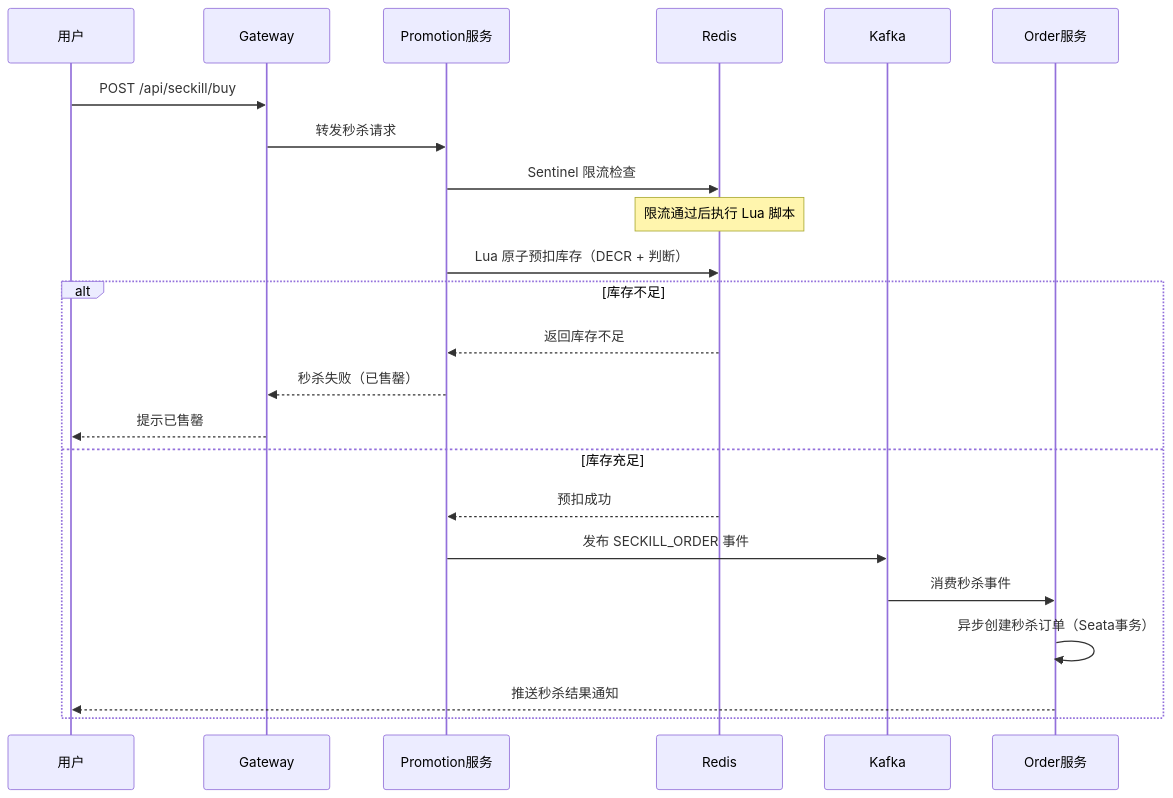
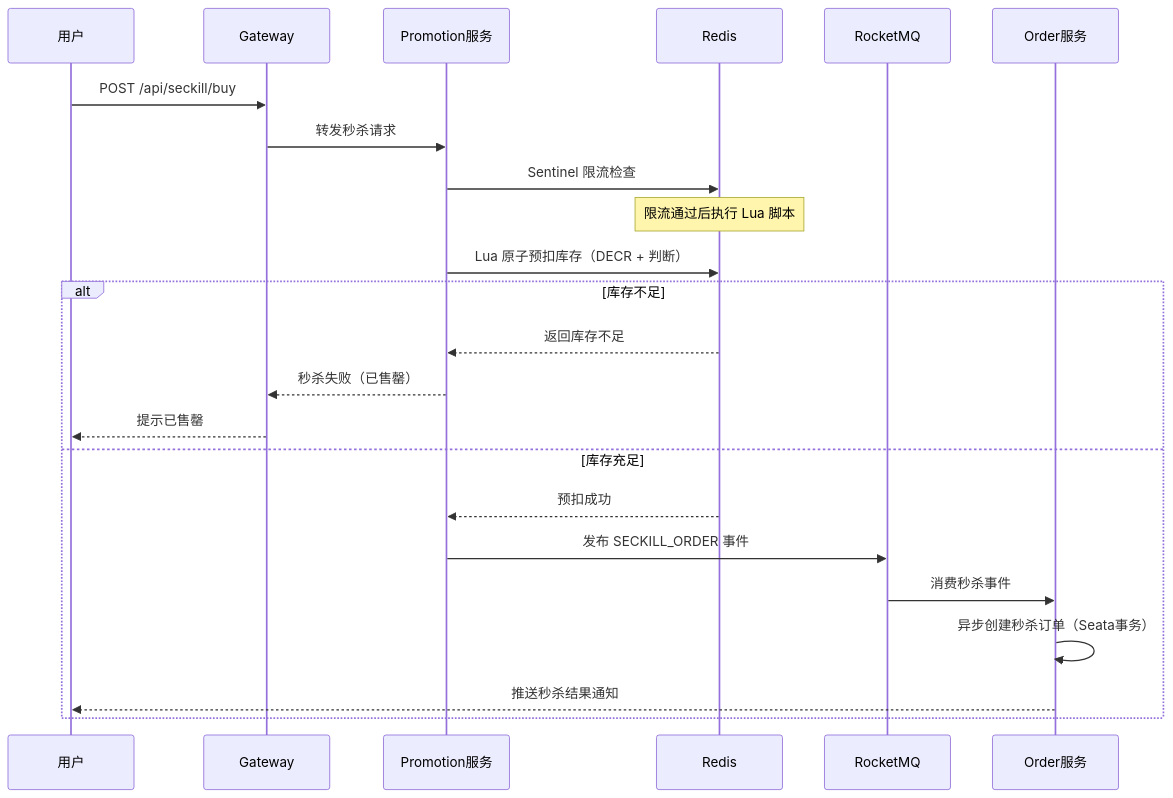
One commit to w18709894716/buy-you-want changed the fourth of 4 diagrams in docs/guide/architecture.md. Above: the diagram before and after it, drawn with Mermaid. The commit also changed other lines of this file and 35 other files, not shown here.

````diff
--- a/docs/guide/architecture.md
+++ b/docs/guide/architecture.md
@@ -151,28 +151,28 @@
 ```mermaid
 sequenceDiagram
     participant U as 用户
     participant GW as Gateway
     participant PR as Promotion服务
     participant RD as Redis
-    participant KF as Kafka
+    participant MQ as RocketMQ
     participant O as Order服务
 
     U->>GW: POST /api/seckill/buy
     GW->>PR: 转发秒杀请求
 
     PR->>RD: Sentinel 限流检查
     Note over RD: 限流通过后执行 Lua 脚本
     PR->>RD: Lua 原子预扣库存（DECR + 判断）
 
     alt 库存不足
         RD-->>PR: 返回库存不足
         PR-->>GW: 秒杀失败（已售罄）
         GW-->>U: 提示已售罄
     else 库存充足
         RD-->>PR: 预扣成功
-        PR->>KF: 发布 SECKILL_ORDER 事件
-        KF->>O: 消费秒杀事件
+        PR->>MQ: 发布 SECKILL_ORDER 事件
+        MQ->>O: 消费秒杀事件
         O->>O: 异步创建秒杀订单（Seata事务）
         O-->>U: 推送秒杀结果通知
     end
 ```
````
